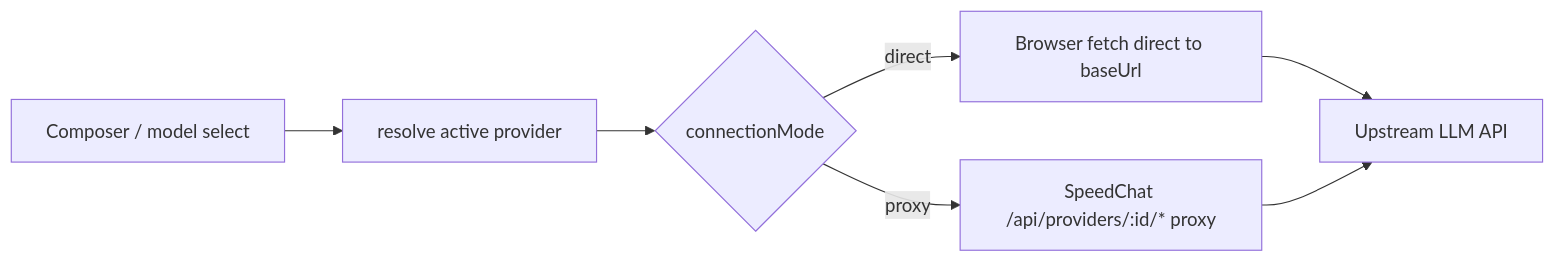
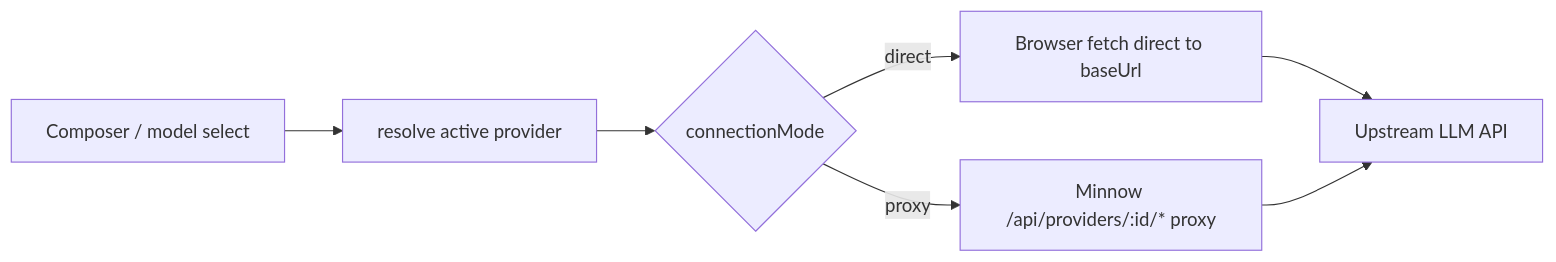
Before and after one commit to DukkyGames/Minnow: the diagram in documentation/plans/Build out/step-03-providers-api-auth.md, drawn with Mermaid. The commit also changed other lines of this file and 204 other files, not shown here.

First line of the commit message:
🔄 Rename project from SpeedChat to Minnow

````diff
--- a/documentation/plans/Build out/step-03-providers-api-auth.md
+++ b/documentation/plans/Build out/step-03-providers-api-auth.md
@@ -212,13 +212,13 @@
 ```mermaid
 flowchart LR
   UI[Composer / model select]
   R[resolve active provider]
   M{connectionMode}
   D[Browser fetch direct to baseUrl]
-  P[SpeedChat /api/providers/:id/* proxy]
+  P[Minnow /api/providers/:id/* proxy]
   UP[Upstream LLM API]
 
   UI --> R --> M
   M -->|direct| D --> UP
   M -->|proxy| P --> UP
 ```
````
